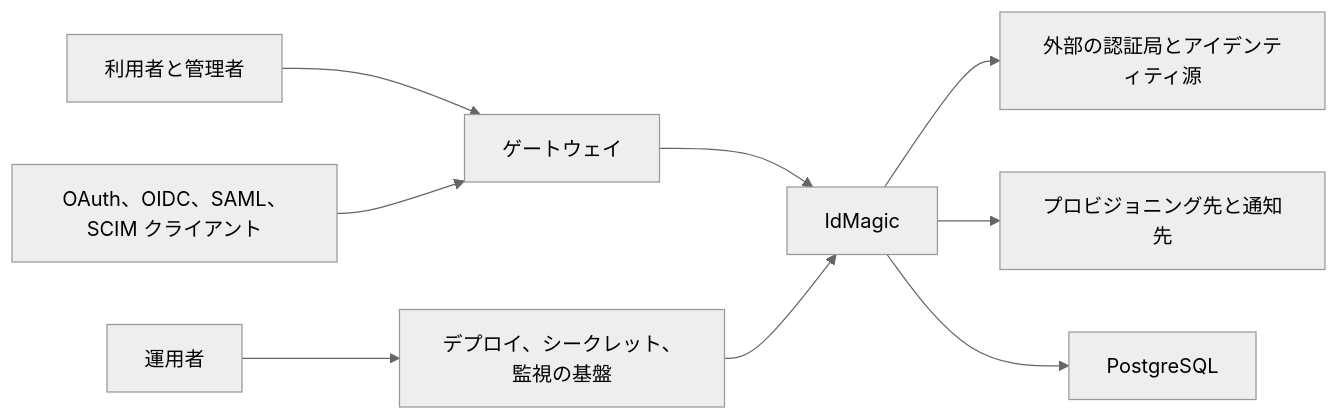
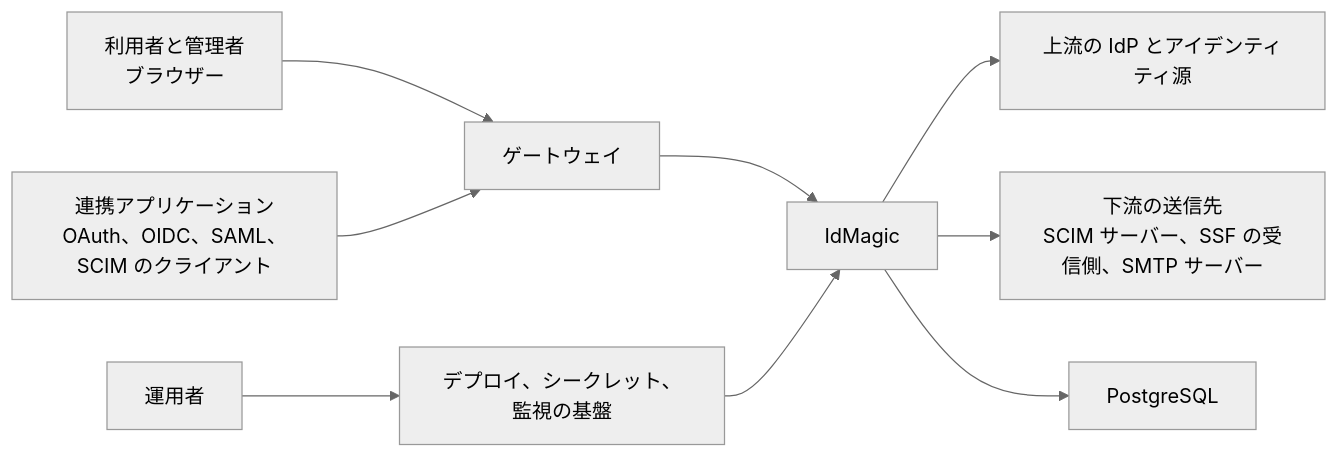
Before and after one commit to ambi/idmagic: the diagram in docs/architecture/system-context.md, drawn with Mermaid (neutral theme). The commit also changed other lines of this file and 77 other files, not shown here.

````diff
--- a/docs/architecture/system-context.md
+++ b/docs/architecture/system-context.md
@@ -6,11 +6,11 @@
 ```mermaid
 flowchart LR
-  Human[利用者と管理者] --> Gateway[ゲートウェイ]
-  Client[OAuth、OIDC、SAML、SCIM クライアント] --> Gateway
+  Human["利用者と管理者<br/>ブラウザー"] --> Gateway[ゲートウェイ]
+  Client["連携アプリケーション<br/>OAuth、OIDC、SAML、SCIM のクライアント"] --> Gateway
   Gateway --> IdMagic[IdMagic]
-  IdMagic --> Upstream[外部の認証局とアイデンティティ源]
-  IdMagic --> Downstream[プロビジョニング先と通知先]
+  IdMagic --> Upstream["上流の IdP とアイデンティティ源"]
+  IdMagic --> Downstream["下流の送信先<br/>SCIM サーバー、SSF の受信側、SMTP サーバー"]
   IdMagic --> Postgres[PostgreSQL]
   Operator[運用者] --> Platform[デプロイ、シークレット、監視の基盤]
   Platform --> IdMagic
 ```
````
